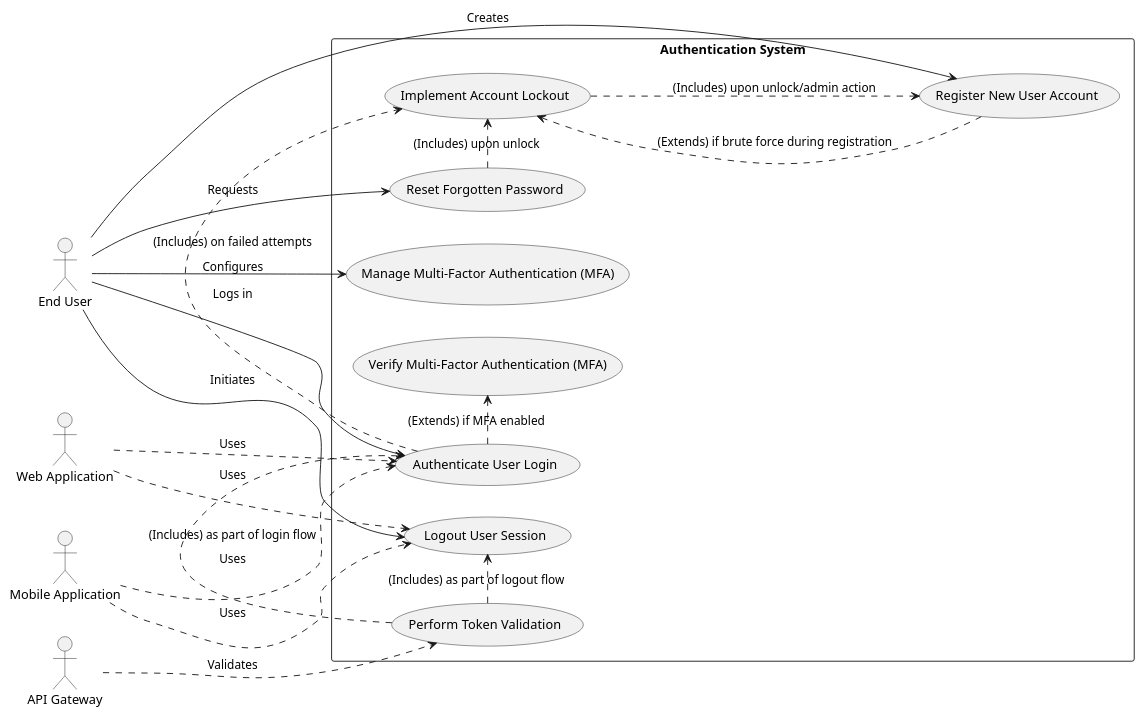
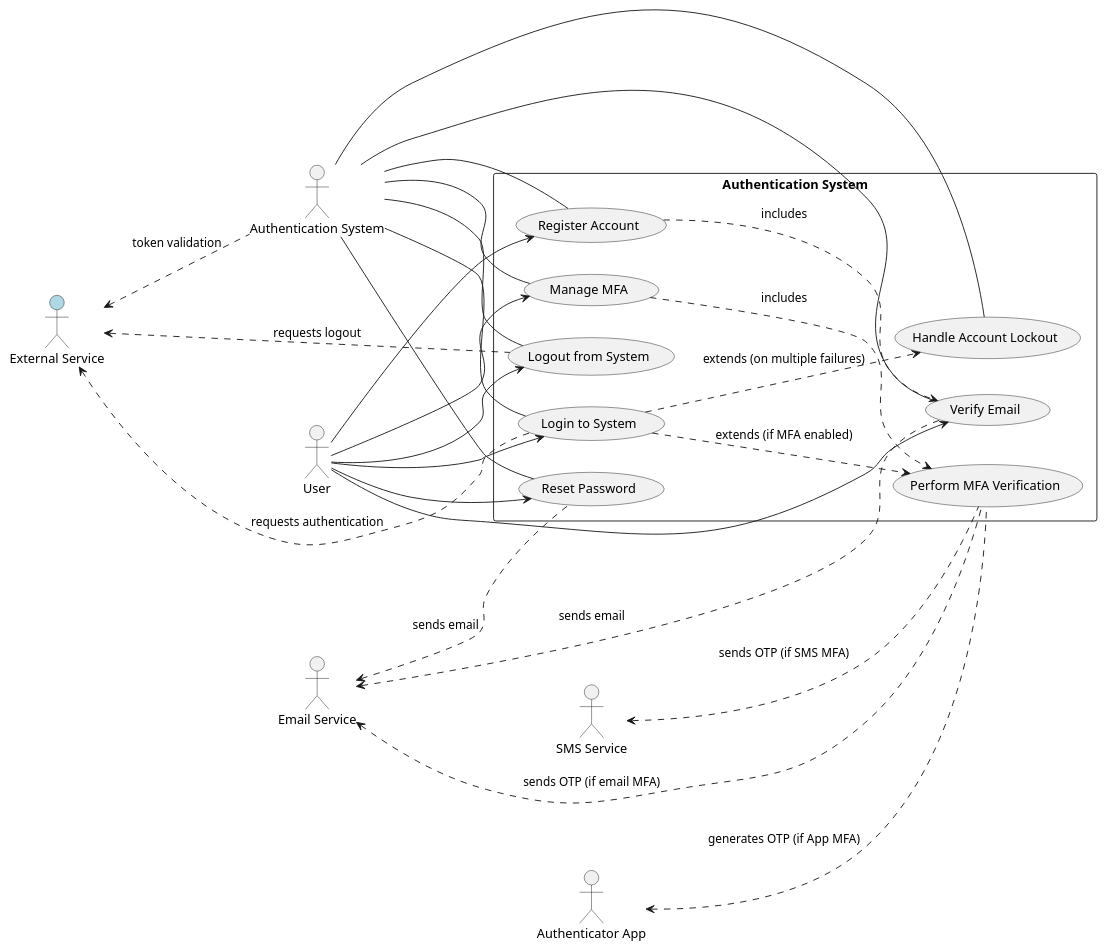
One commit to Bimmi-kumari-singh/Agent-testing changed the diagram in .propel/context/docs/spec.md. Above: the diagram before and after it, drawn with PlantUML. The commit also changed other lines of this file, not shown here.

````diff
--- a/.propel/context/docs/spec.md
+++ b/.propel/context/docs/spec.md
@@ -413,44 +230,54 @@
 ```plantuml
 @startuml
 left to right direction
-
-actor "End User" as User
-actor "Web Application" as WebApp
-actor "Mobile Application" as MobileApp
-actor "API Gateway" as APIGateway
+actor "User" as user
+actor "Authentication System" as auth_system
+actor "External Service" as external_service #LightBlue
+actor "Email Service" as email_service
+actor "SMS Service" as sms_service
+actor "Authenticator App" as authenticator_app
 
 rectangle "Authentication System" {
-  usecase "Register New User Account" as UC_Register
-  usecase "Authenticate User Login" as UC_Login
-  usecase "Reset Forgotten Password" as UC_ResetPassword
-  usecase "Manage Multi-Factor Authentication (MFA)" as UC_ManageMFA
-  usecase "Verify Multi-Factor Authentication (MFA)" as UC_VerifyMFA
-  usecase "Logout User Session" as UC_Logout
-  usecase "Implement Account Lockout" as UC_Lockout
-  usecase "Perform Token Validation" as UC_TokenValidation
+  usecase "Register Account" as UC_REG_001
+  usecase "Verify Email" as UC_REG_004
+  usecase "Login to System" as UC_LOG_001
+  usecase "Reset Password" as UC_PWD_001
+  usecase "Manage MFA" as UC_MFA_001
+  usecase "Perform MFA Verification" as UC_MFA_002
+  usecase "Logout from System" as UC_SES_004
+  usecase "Handle Account Lockout" as UC_ALC_001
 }
 
-User --> UC_Register : Creates
-User --> UC_Login : Logs in
-User --> UC_ResetPassword : Requests
-User --> UC_ManageMFA : Configures
-User --> UC_Logout : Initiates
+user --> UC_REG_001
+user --> UC_LOG_001
+user --> UC_PWD_001
+user --> UC_MFA_001
+user --> UC_SES_004
+user --> UC_REG_004
 
-WebApp ..> UC_Login : Uses
-WebApp ..> UC_Logout : Uses
-MobileApp ..> UC_Login : Uses
-MobileApp ..> UC_Logout : Uses
-APIGateway ..> UC_TokenValidation : Validates
+UC_REG_001 ..> UC_REG_004 : includes
+UC_LOG_001 ..> UC_MFA_002 : extends (if MFA enabled)
+UC_LOG_001 ..> UC_ALC_001 : extends (on multiple failures)
+UC_MFA_001 ..> UC_MFA_002 : includes
 
-UC_Login .> UC_VerifyMFA : (Extends) if MFA enabled
-UC_Login .> UC_Lockout : (Includes) on failed attempts
-UC_Register .> UC_Lockout : (Extends) if brute force during registration
-UC_Lockout ..> UC_Register : (Includes) upon unlock/admin action
-UC_ResetPassword .> UC_Lockout : (Includes) upon unlock
+auth_system -- UC_REG_001
+auth_system -- UC_LOG_001
+auth_system -- UC_PWD_001
+auth_system -- UC_MFA_001
+auth_system -- UC_SES_004
+auth_system -- UC_REG_004
+auth_system -- UC_ALC_001
 
-UC_TokenValidation .> UC_Login : (Includes) as part of login flow
-UC_TokenValidation .> UC_Logout : (Includes) as part of logout flow
+email_service <.. UC_REG_004 : sends email
+email_service <.. UC_PWD_001 : sends email
+email_service <.. UC_MFA_002 : sends OTP (if email MFA)
 
-hide stereotype
+sms_service <.. UC_MFA_002 : sends OTP (if SMS MFA)
+authenticator_app <.. UC_MFA_002 : generates OTP (if App MFA)
+
+external_service <.. UC_LOG_001 : requests authentication
+external_service <.. UC_SES_004 : requests logout
+external_service <.. auth_system : token validation
+
 @enduml
 ```
````
